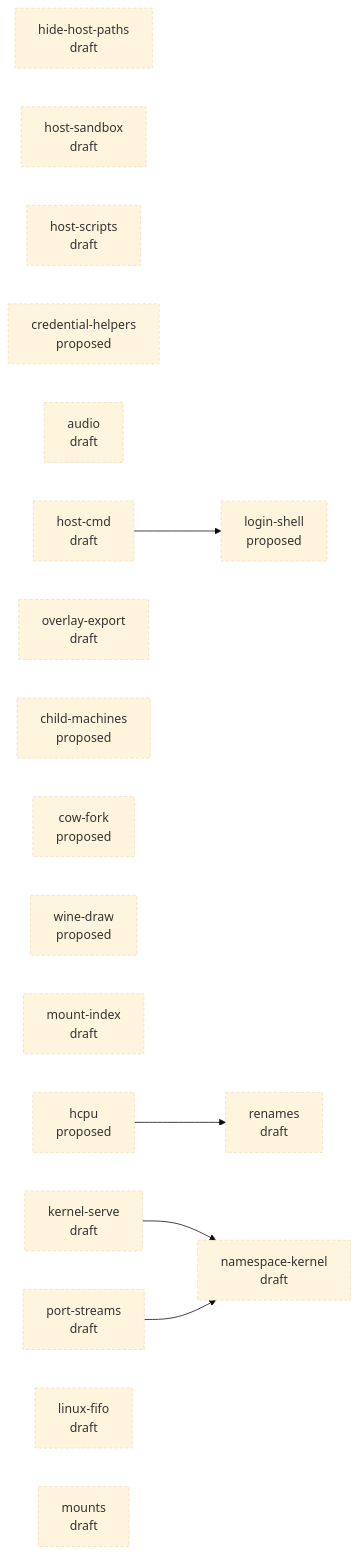
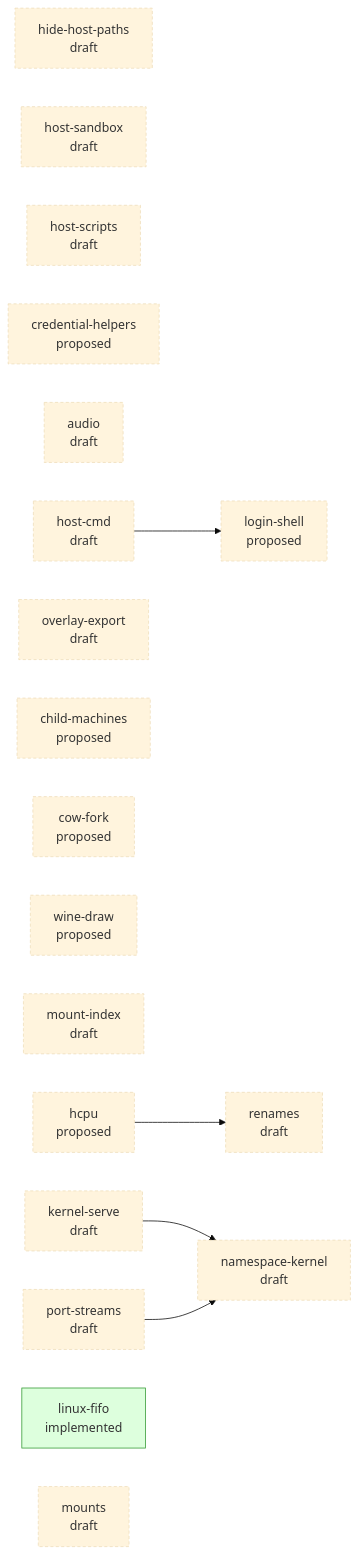
The diagram in design/STATUS.md (progrium/hyper9), drawn with Mermaid (base theme) before and after one commit. The commit also changed other lines of this file, not shown here.

Commit message:
design: regenerate STATUS.md

````diff
--- a/design/STATUS.md
+++ b/design/STATUS.md
@@ -29,30 +29,30 @@
 ```mermaid
 flowchart LR
   classDef draft stroke-dasharray: 4 3
   classDef accepted stroke-width: 2px
   classDef implemented fill:#dfd,stroke:#393
   classDef closed fill:#eee,stroke:#999,color:#777
   p_hide_host_paths["hide-host-paths<br/>draft"]:::draft
   p_host_sandbox["host-sandbox<br/>draft"]:::draft
   p_host_scripts["host-scripts<br/>draft"]:::draft
   p_credential_helpers["credential-helpers<br/>proposed"]:::draft
   p_audio["audio<br/>draft"]:::draft
   p_host_cmd["host-cmd<br/>draft"]:::draft
   p_overlay_export["overlay-export<br/>draft"]:::draft
   p_login_shell["login-shell<br/>proposed"]:::draft
   p_child_machines["child-machines<br/>proposed"]:::draft
   p_cow_fork["cow-fork<br/>proposed"]:::draft
   p_wine_draw["wine-draw<br/>proposed"]:::draft
   p_mount_index["mount-index<br/>draft"]:::draft
   p_hcpu["hcpu<br/>proposed"]:::draft
   p_kernel_serve["kernel-serve<br/>draft"]:::draft
   p_namespace_kernel["namespace-kernel<br/>draft"]:::draft
   p_port_streams["port-streams<br/>draft"]:::draft
-  p_linux_fifo["linux-fifo<br/>draft"]:::draft
+  p_linux_fifo["linux-fifo<br/>implemented"]:::implemented
   p_mounts["mounts<br/>draft"]:::draft
   p_renames["renames<br/>draft"]:::draft
   p_host_cmd --> p_login_shell
   p_kernel_serve --> p_namespace_kernel
   p_port_streams --> p_namespace_kernel
   p_hcpu --> p_renames
 ```
````
